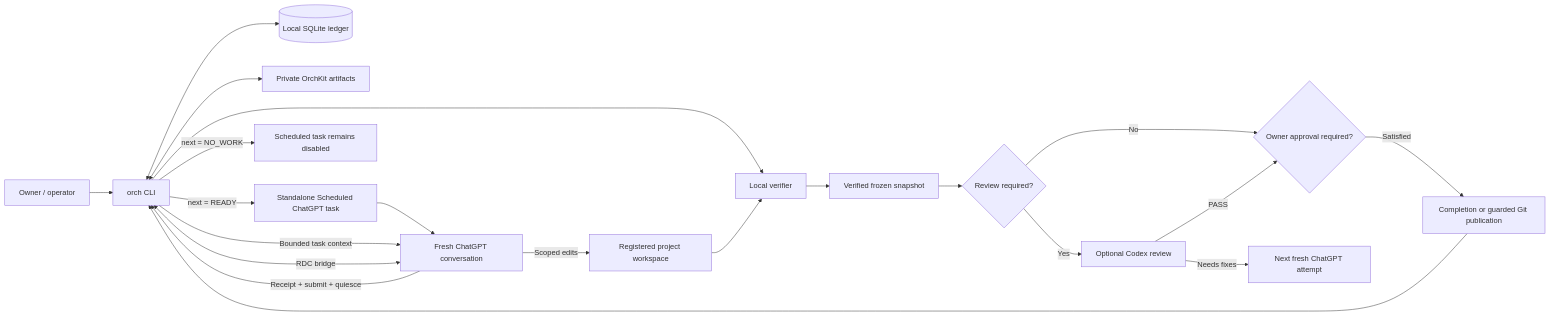
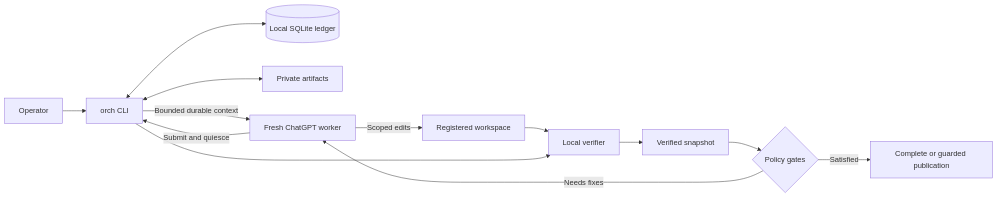
The diagram in docs/architecture.md (RaNDoM6913/OrchKit), drawn with Mermaid before and after one commit. The commit also changed other lines of this file and 79 other files, not shown here.

Commit message:
docs: prepare public OrchKit release

````diff
--- a/docs/architecture.md
+++ b/docs/architecture.md
@@ -27,29 +21,15 @@
 ```mermaid
 flowchart LR
-    O[Owner / operator] --> CLI[orch CLI]
+    O[Operator] --> CLI[orch CLI]
     CLI <--> L[(Local SQLite ledger)]
-    CLI <--> A[Private OrchKit artifacts]
-
-    S[Standalone Scheduled ChatGPT task] --> W[Fresh ChatGPT conversation]
-    W <-->|RDC bridge| CLI
-
-    CLI -->|Bounded task context| W
-    W -->|Scoped edits| P[Registered project workspace]
-    W -->|Receipt + submit + quiesce| CLI
-
-    CLI --> V[Local verifier]
-    P --> V
-    V --> F[Verified frozen snapshot]
-
-    F --> R{Review required?}
-    R -->|No| G{Owner approval required?}
-    R -->|Yes| C[Optional Codex review]
-    C -->|PASS| G
-    C -->|Needs fixes| N[Next fresh ChatGPT attempt]
-
-    G -->|Satisfied| PUB[Completion or guarded Git publication]
-    PUB --> CLI
-
-    CLI -->|next = READY| S
-    CLI -->|next = NO_WORK| STOP[Scheduled task remains disabled]
+    CLI <--> A[Private artifacts]
+    W[Fresh ChatGPT worker] -->|Scoped edits| P[Registered workspace]
+    CLI -->|Bounded durable context| W
+    W -->|Submit and quiesce| CLI
+    P --> V[Local verifier]
+    CLI --> V
+    V --> S[Verified snapshot]
+    S --> G{Policy gates}
+    G -->|Satisfied| PUB[Complete or guarded publication]
+    G -->|Needs fixes| W
 ```
````
